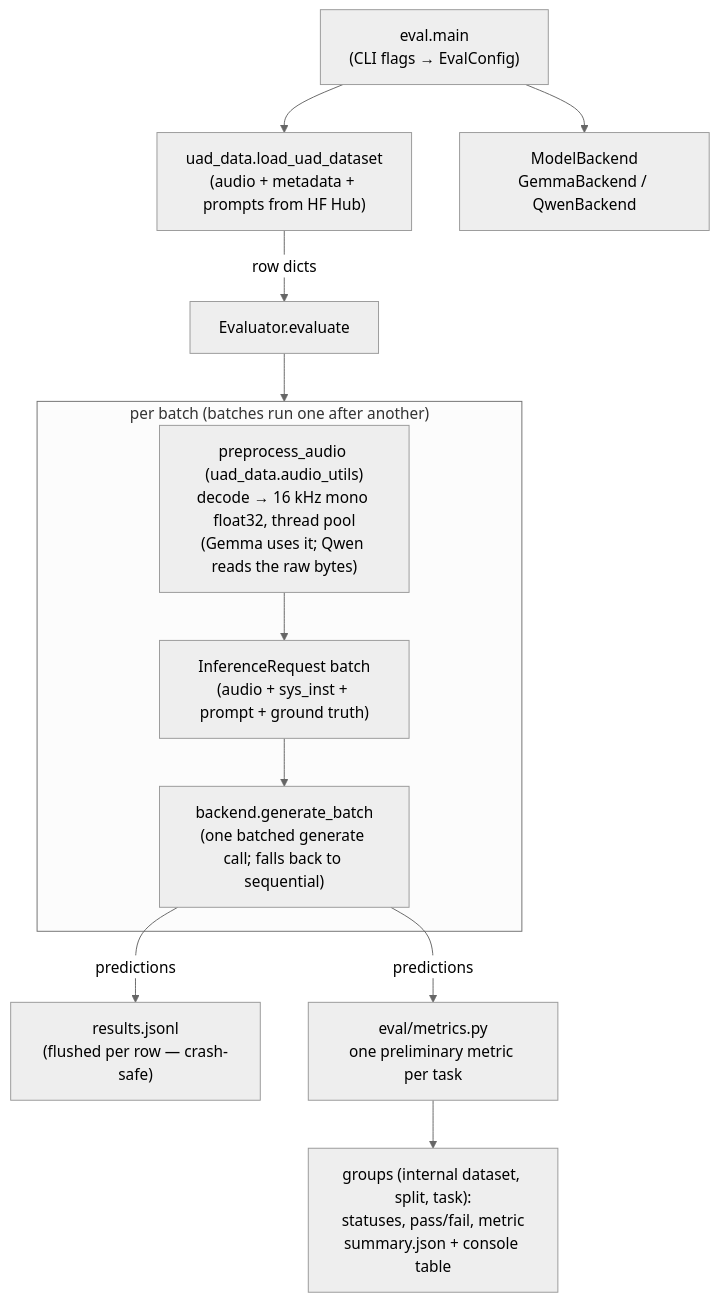
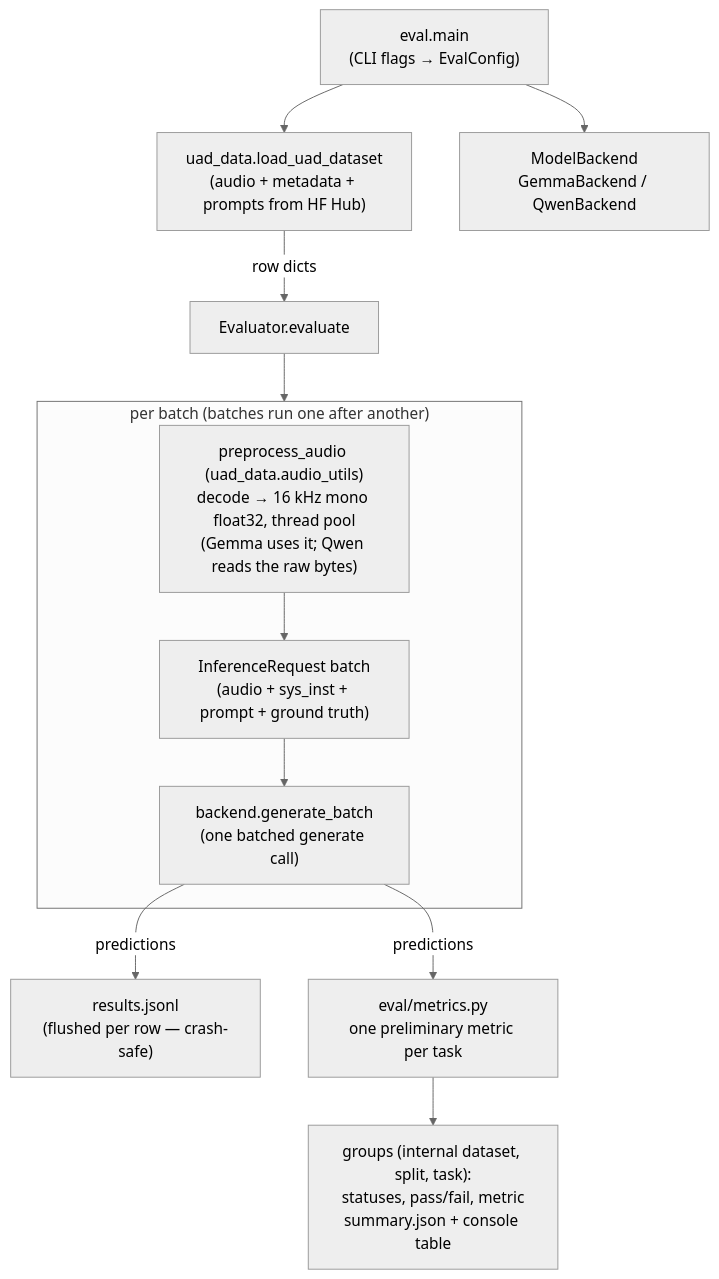
One commit to derkmed/universal_audio_instruct changed the diagram in eval/README.md. Above: the diagram before and after it, drawn with Mermaid (neutral theme). The commit also changed other lines of this file and 11 other files, not shown here.

````diff
--- a/eval/README.md
+++ b/eval/README.md
@@ -17,18 +17,18 @@
 ```mermaid
 flowchart TD
     CLI["eval.main<br/>(CLI flags → EvalConfig)"] --> LOADER["uad_data.load_uad_dataset<br/>(audio + metadata + prompts from HF Hub)"]
     CLI --> BE["ModelBackend<br/>GemmaBackend / QwenBackend"]
     LOADER -- "row dicts" --> EV["Evaluator.evaluate"]
 
     subgraph BATCH["per batch (batches run one after another)"]
         PRE["preprocess_audio (uad_data.audio_utils)<br/>decode → 16 kHz mono float32, thread pool<br/>(Gemma uses it; Qwen reads the raw bytes)"]
         REQ["InferenceRequest batch<br/>(audio + sys_inst + prompt + ground truth)"]
-        GEN["backend.generate_batch<br/>(one batched generate call; falls back to sequential)"]
+        GEN["backend.generate_batch<br/>(one batched generate call)"]
         PRE --> REQ --> GEN
     end
 
     EV --> BATCH
     GEN -- "predictions" --> JSONL["results.jsonl<br/>(flushed per row — crash-safe)"]
     GEN -- "predictions" --> PRELIM["eval/metrics.py<br/>one preliminary metric per task"]
     PRELIM --> SUM["groups (internal dataset, split, task):<br/>statuses, pass/fail, metric<br/>summary.json + console table"]
 ```
````
